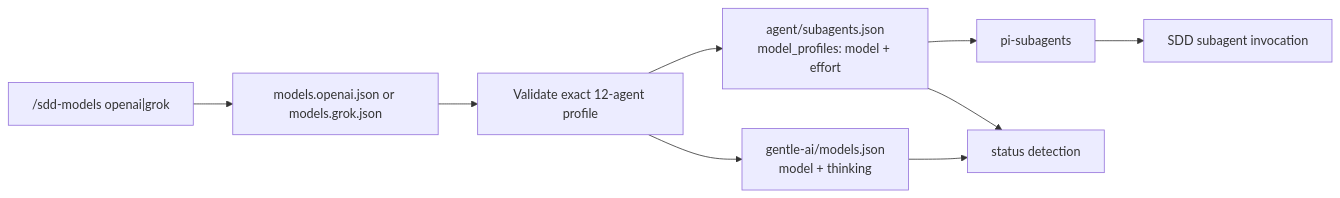
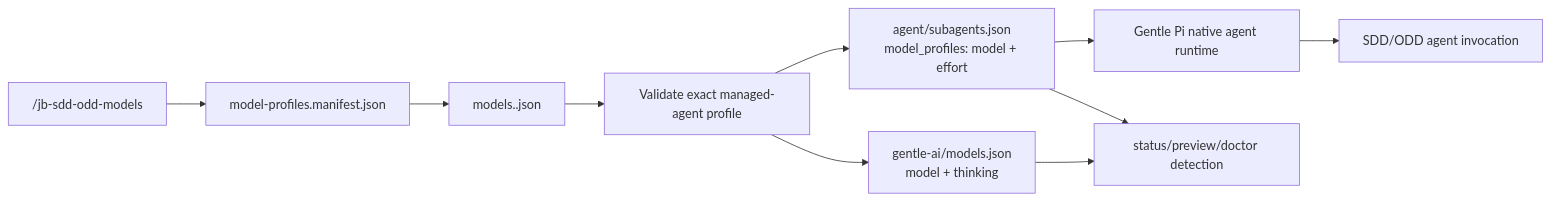
The diagram in MODEL_SWITCHING.md (julianbruno/pissdmodelswitch), drawn with Mermaid before and after one commit. The commit also changed other lines of this file and 23 other files, not shown here.

First line of the commit message:
feat: make model profiles configurable and recoverable

````diff
--- a/MODEL_SWITCHING.md
+++ b/MODEL_SWITCHING.md
@@ -7,11 +7,12 @@
 ```mermaid
 flowchart LR
-  C["/sdd-models openai|grok"] --> P["models.openai.json or models.grok.json"]
-  P --> V["Validate exact 12-agent profile"]
+  C["/jb-sdd-odd-models <profile>"] --> M["model-profiles.manifest.json"]
+  M --> P["models.<profile>.json"]
+  P --> V["Validate exact managed-agent profile"]
   V --> A["gentle-ai/models.json\nmodel + thinking"]
   V --> R["agent/subagents.json\nmodel_profiles: model + effort"]
-  R --> S["pi-subagents"]
-  S --> G["SDD subagent invocation"]
-  A --> T["status detection"]
+  R --> G["Gentle Pi native agent runtime"]
+  G --> S["SDD/ODD agent invocation"]
+  A --> T["status/preview/doctor detection"]
   R --> T
 ```
````
